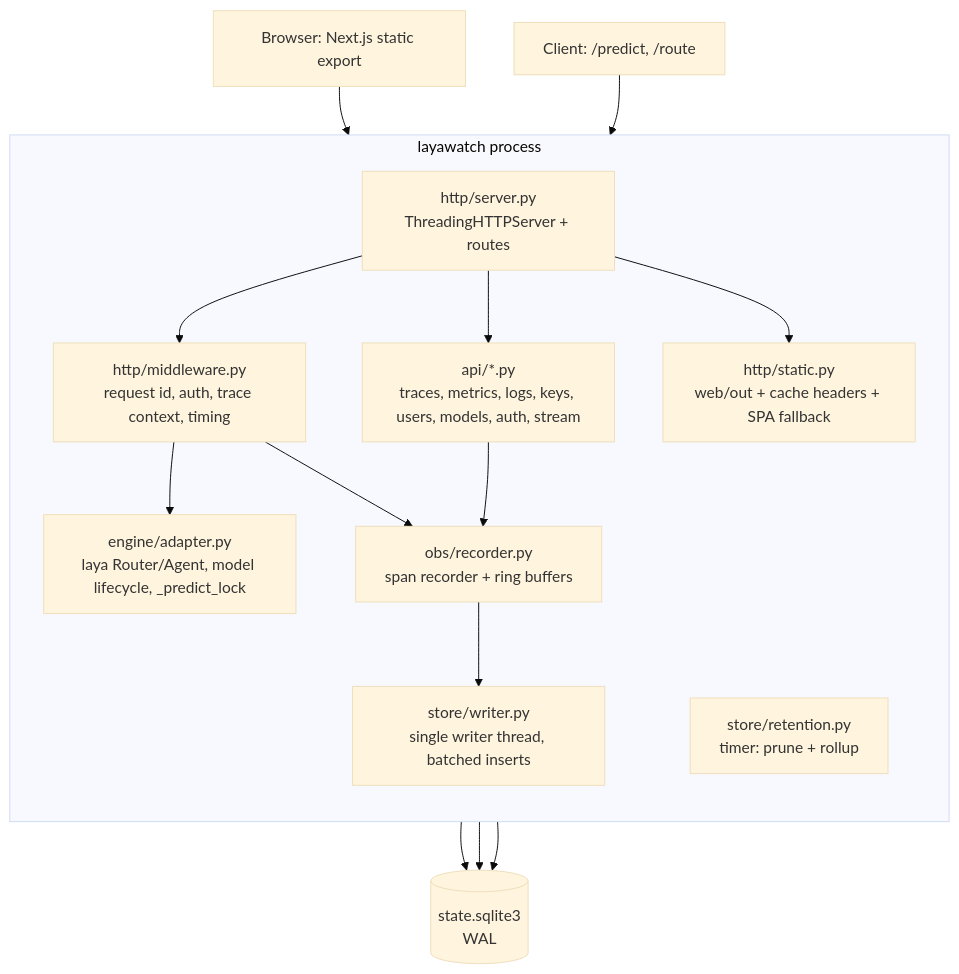
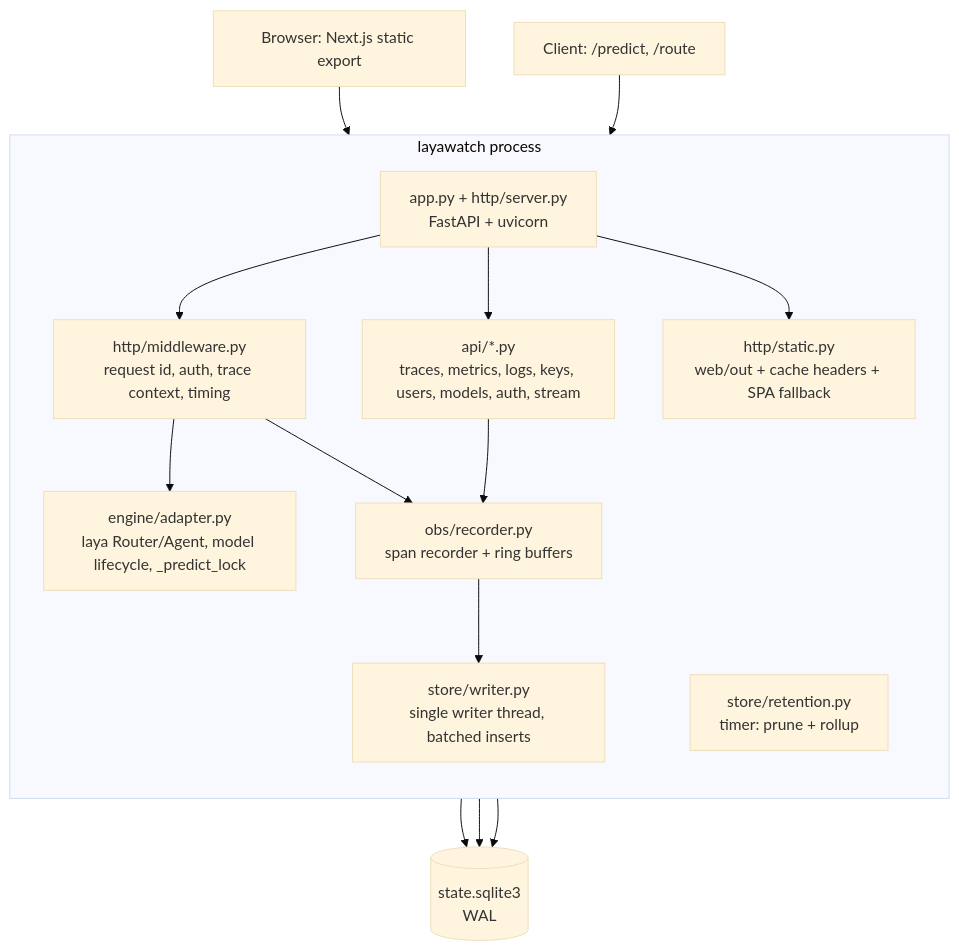
The first of 3 diagrams in docs/architecture.md (BLANCO-11/LayaWatch), drawn with Mermaid (base theme) before and after one commit. The commit also changed other lines of this file and 8 other files, not shown here.

First line of the commit message:
docs: align plans, README and architecture with the FastAPI + uvicorn HTTP layer

````diff
--- a/docs/architecture.md
+++ b/docs/architecture.md
@@ -17,23 +18,23 @@
 ```mermaid
 flowchart TB
   subgraph proc[layawatch process]
     direction TB
-    SRV["http/server.py<br/>ThreadingHTTPServer + routes"]
+    SRV["app.py + http/server.py<br/>FastAPI + uvicorn"]
     MW["http/middleware.py<br/>request id, auth, trace context, timing"]
     ENG["engine/adapter.py<br/>laya Router/Agent, model lifecycle, _predict_lock"]
     REC["obs/recorder.py<br/>span recorder + ring buffers"]
     WR["store/writer.py<br/>single writer thread, batched inserts"]
     RET["store/retention.py<br/>timer: prune + rollup"]
     API["api/*.py<br/>traces, metrics, logs, keys, users, models, auth, stream"]
     STATIC["http/static.py<br/>web/out + cache headers + SPA fallback"]
   end
   DB[("state.sqlite3<br/>WAL")]
   SRV --> MW --> ENG
   MW --> REC --> WR --> DB
   RET --> DB
   SRV --> API --> DB
   SRV --> STATIC
   API --> REC
   B[Browser: Next.js static export] --> SRV
   C[Client: /predict, /route] --> SRV
 ```
````
